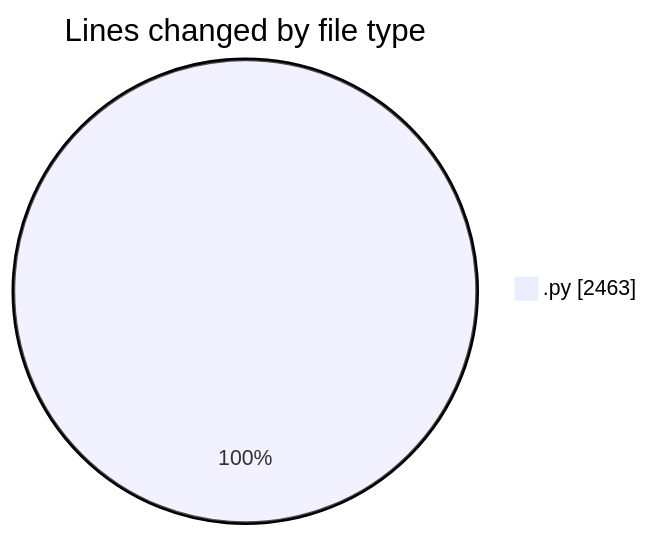
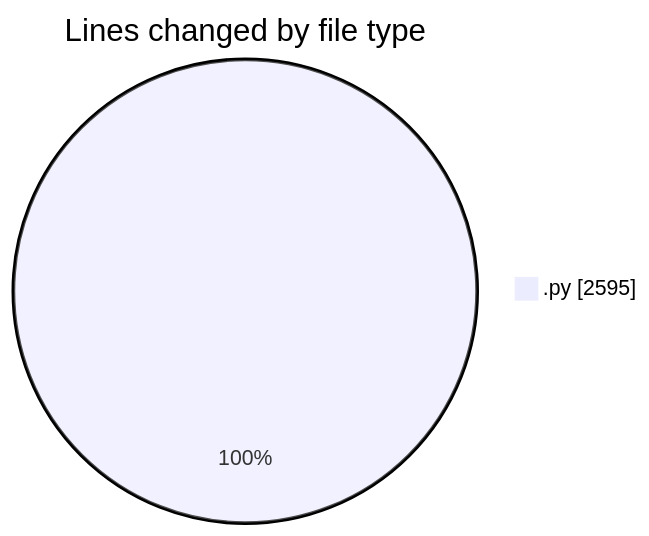
The first of 2 diagrams in 2025-03-01/myws__workspace_/README.md (MatusMokan/code-tracking), drawn with Mermaid before and after one commit. The commit also changed other lines of this file and 1 other file, not shown here.

````diff
--- a/2025-03-01/myws__workspace_/README.md
+++ b/2025-03-01/myws__workspace_/README.md
@@ -24,5 +25,5 @@
 ```mermaid
 pie showData
 title Lines changed by file type
-".py" : 2463
+".py" : 2595
 ```
````
